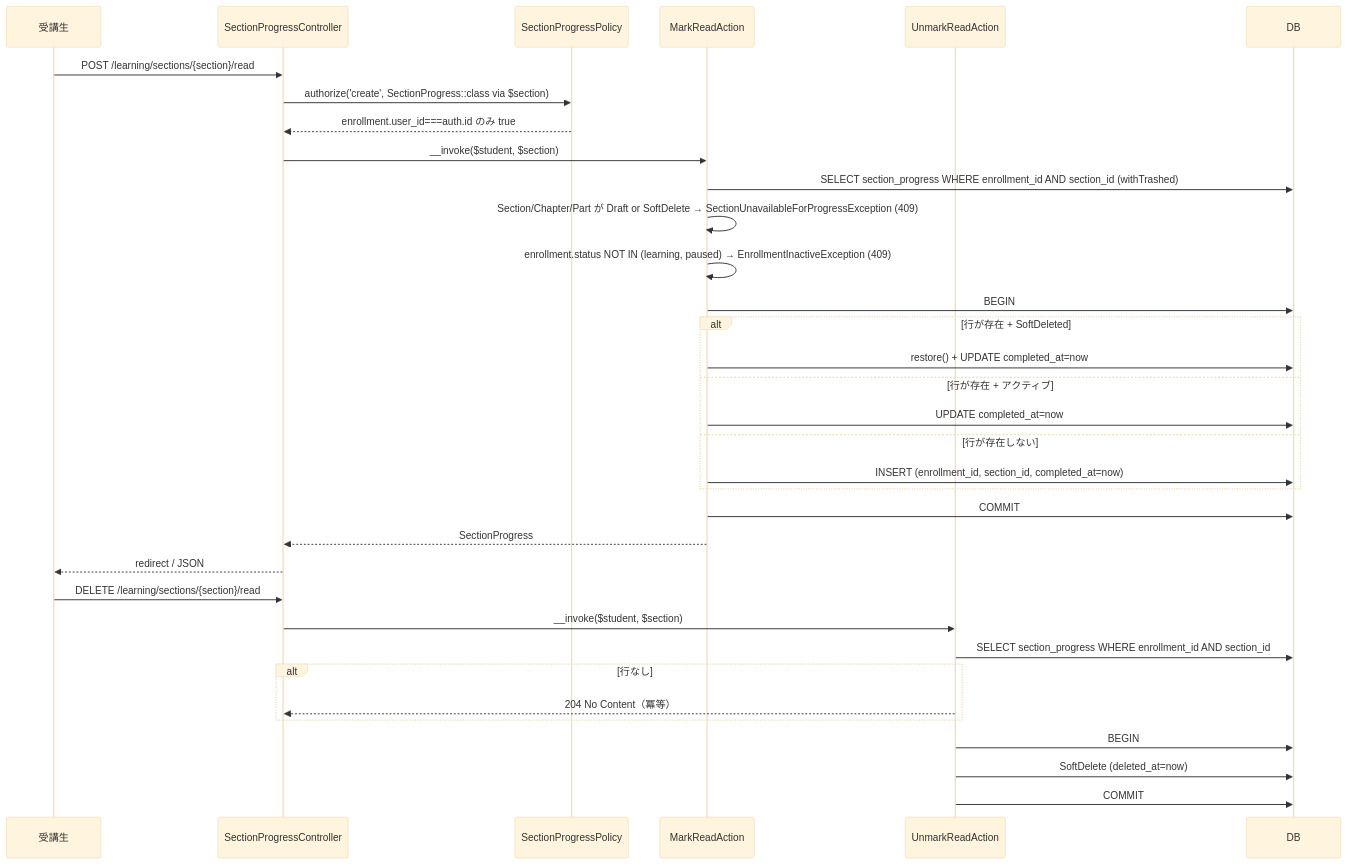
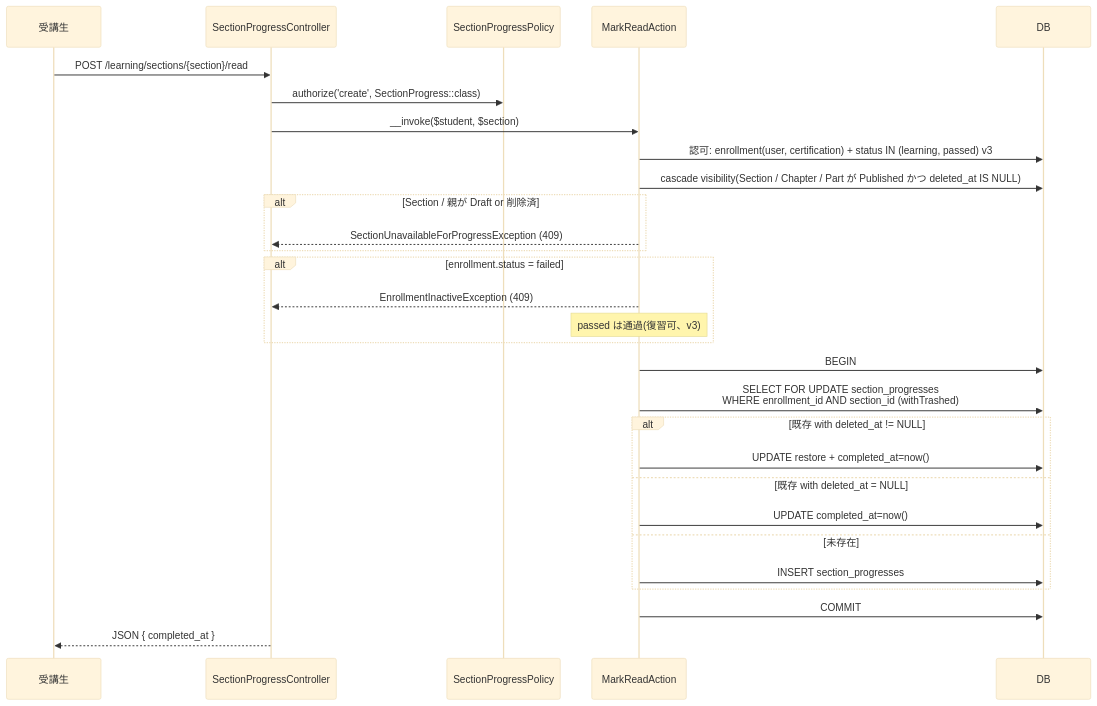
The third of 4 diagrams in docs/specs/learning/design.md (coachtech-mockcase-second/ExampleAnswer-mockcase-CertifyLMS), drawn with Mermaid (base theme) before and after one commit. The commit also changed other lines of this file and 67 other files, not shown here.

````diff
--- a/docs/specs/learning/design.md
+++ b/docs/specs/learning/design.md
@@ -141,38 +91,32 @@
 ```mermaid
 sequenceDiagram
     participant Student as 受講生
     participant SPC as SectionProgressController
     participant Pol as SectionProgressPolicy
-    participant MRA as MarkReadAction
-    participant URA as UnmarkReadAction
+    participant MA as MarkReadAction
     participant DB as DB
 
     Student->>SPC: POST /learning/sections/{section}/read
-    SPC->>Pol: authorize('create', SectionProgress::class via $section)
-    Pol-->>SPC: enrollment.user_id===auth.id のみ true
-    SPC->>MRA: __invoke($student, $section)
-    MRA->>DB: SELECT section_progress WHERE enrollment_id AND section_id (withTrashed)
-    MRA->>MRA: Section/Chapter/Part が Draft or SoftDelete → SectionUnavailableForProgressException (409)
-    MRA->>MRA: enrollment.status NOT IN (learning, paused) → EnrollmentInactiveException (409)
-    MRA->>DB: BEGIN
-    alt 行が存在 + SoftDeleted
-        MRA->>DB: restore() + UPDATE completed_at=now
-    else 行が存在 + アクティブ
-        MRA->>DB: UPDATE completed_at=now
-    else 行が存在しない
-        MRA->>DB: INSERT (enrollment_id, section_id, completed_at=now)
+    SPC->>Pol: authorize('create', SectionProgress::class)
+    SPC->>MA: __invoke($student, $section)
+    MA->>DB: 認可: enrollment(user, certification) + status IN (learning, passed) v3
+    MA->>DB: cascade visibility(Section / Chapter / Part が Published かつ deleted_at IS NULL)
+    alt Section / 親が Draft or 削除済
+        MA-->>SPC: SectionUnavailableForProgressException (409)
     end
-    MRA->>DB: COMMIT
-    MRA-->>SPC: SectionProgress
-    SPC-->>Student: redirect / JSON
-
-    Student->>SPC: DELETE /learning/sections/{section}/read
-    SPC->>URA: __invoke($student, $section)
-    URA->>DB: SELECT section_progress WHERE enrollment_id AND section_id
-    alt 行なし
-        URA-->>SPC: 204 No Content（冪等）
+    alt enrollment.status = failed
+        MA-->>SPC: EnrollmentInactiveException (409)
+        Note over MA: passed は通過(復習可、v3)
     end
-    URA->>DB: BEGIN
-    URA->>DB: SoftDelete (deleted_at=now)
-    URA->>DB: COMMIT
+    MA->>DB: BEGIN
+    MA->>DB: SELECT FOR UPDATE section_progresses<br/>WHERE enrollment_id AND section_id (withTrashed)
+    alt 既存 with deleted_at != NULL
+        MA->>DB: UPDATE restore + completed_at=now()
+    else 既存 with deleted_at = NULL
+        MA->>DB: UPDATE completed_at=now()
+    else 未存在
+        MA->>DB: INSERT section_progresses
+    end
+    MA->>DB: COMMIT
+    SPC-->>Student: JSON { completed_at }
 ```
````
